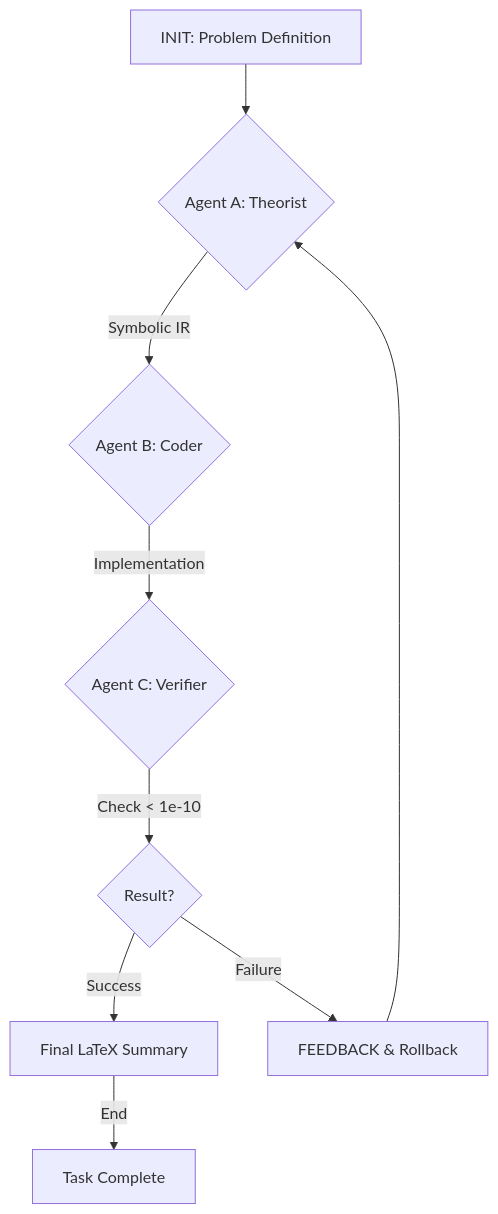
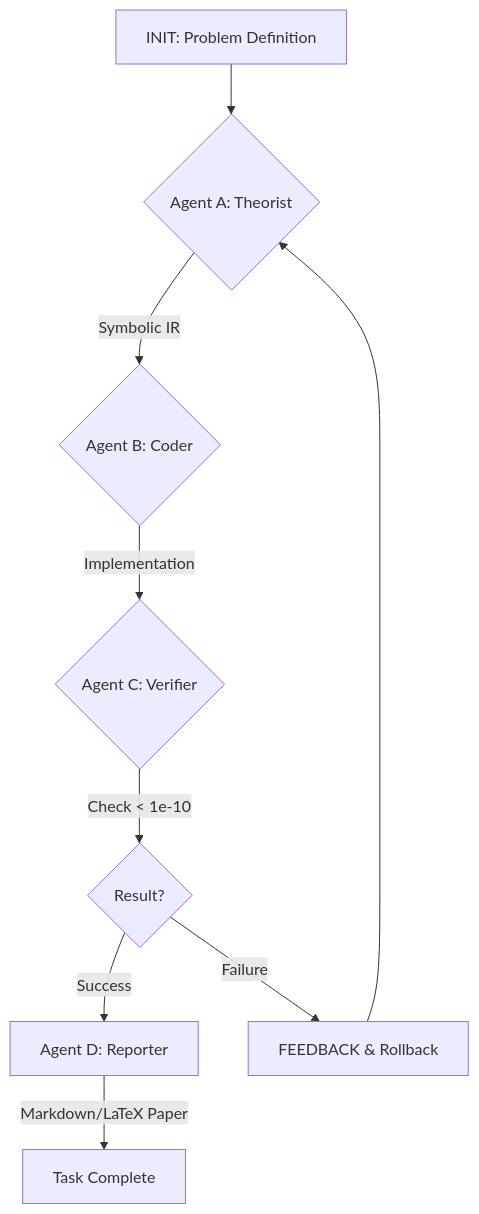
One commit to XiaoJiang-Phy/NeuroSymbolic-Physics-Solver changed the diagram in workspace_init_summary.md. Above: the diagram before and after it, drawn with Mermaid. The commit also changed other lines of this file and 15 other files, not shown here.

````diff
--- a/workspace_init_summary.md
+++ b/workspace_init_summary.md
@@ -30,11 +34,11 @@
 ```mermaid
 graph TD
     Start[INIT: Problem Definition] --> Theorist{Agent A: Theorist}
     Theorist -->|Symbolic IR| Coder{Agent B: Coder}
     Coder -->|Implementation| Verifier{Agent C: Verifier}
     Verifier -->|Check < 1e-10| Result{Result?}
-    Result -->|Success| Stop[Final LaTeX Summary]
+    Result -->|Success| Reporter[Agent D: Reporter]
     Result -->|Failure| Feedback[FEEDBACK & Rollback]
     Feedback --> Theorist
-    Stop -->|End| End[Task Complete]
+    Reporter -->|Markdown/LaTeX Paper| End[Task Complete]
 ```
````
